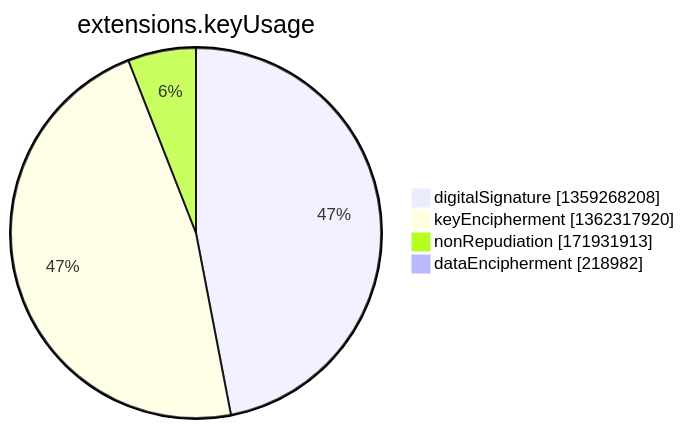
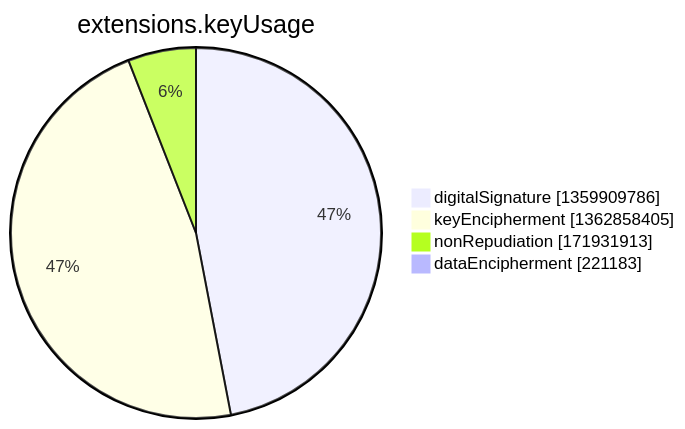
Before and after one commit to christiankrug/ctmonitor_visualization: the seventh of 15 diagrams in argon2022/README.md, drawn with Mermaid. The commit also changed other lines of this file, not shown here.

````diff
--- a/argon2022/README.md
+++ b/argon2022/README.md
@@ -2750,8 +2750,8 @@
 ```mermaid
 pie showData
 title extensions.keyUsage
-"digitalSignature" :1359268208
-"keyEncipherment" :1362317920
+"digitalSignature" :1359909786
+"keyEncipherment" :1362858405
 "nonRepudiation" :171931913
-"dataEncipherment" :218982
+"dataEncipherment" :221183
 ```
````
